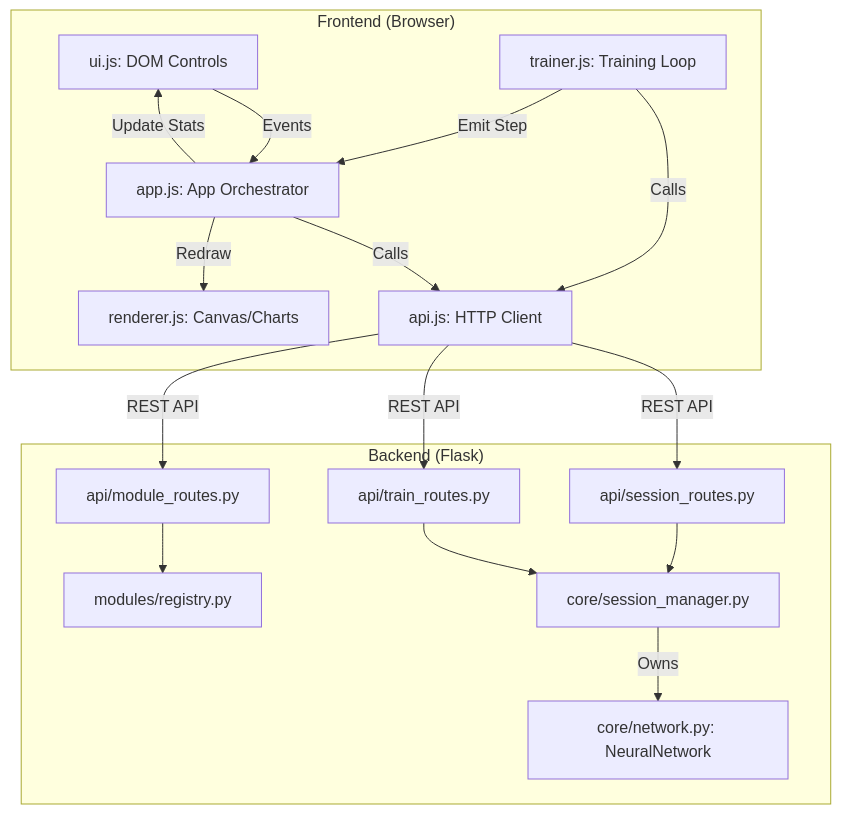
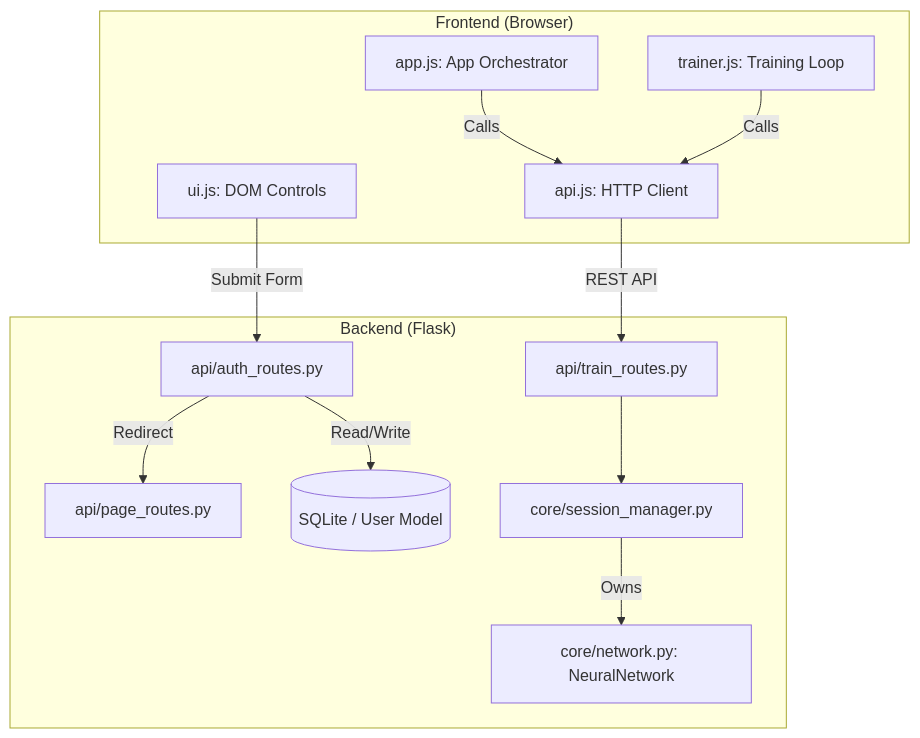
One commit to johnjg75dev/NNStudio changed the diagram in DOCUMENTATION.md. Above: the diagram before and after it, drawn with Mermaid. The commit also changed other lines of this file and 15 other files, not shown here.

First line of the commit message:
feat(auth): implement user authentication system

````diff
--- a/DOCUMENTATION.md
+++ b/DOCUMENTATION.md
@@ -54,36 +62,30 @@
 ```mermaid
 graph TD
     subgraph "Frontend (Browser)"
         UI["ui.js: DOM Controls"]
         Orchestrator["app.js: App Orchestrator"]
         Trainer["trainer.js: Training Loop"]
         API_JS["api.js: HTTP Client"]
-        Renderer["renderer.js: Canvas/Charts"]
     end
 
     subgraph "Backend (Flask)"
-        SessionBP["api/session_routes.py"]
+        AuthBP["api/auth_routes.py"]
+        PageBP["api/page_routes.py"]
         TrainBP["api/train_routes.py"]
-        ModuleBP["api/module_routes.py"]
+        DB[(SQLite / User Model)]
         SessionMgr["core/session_manager.py"]
-        Registry["modules/registry.py"]
         Engine["core/network.py: NeuralNetwork"]
     end
 
-    %% Interactions
-    UI -->|Events| Orchestrator
+    %% Auth Flow
+    UI -->|Submit Form| AuthBP
+    AuthBP -->|Read/Write| DB
+    AuthBP -->|Redirect| PageBP
+
+    %% Tool Flow
     Orchestrator -->|Calls| API_JS
     Trainer -->|Calls| API_JS
-    API_JS -->|REST API| SessionBP
     API_JS -->|REST API| TrainBP
-    API_JS -->|REST API| ModuleBP
-
-    SessionBP --> SessionMgr
     TrainBP --> SessionMgr
-    ModuleBP --> Registry
-
     SessionMgr -->|Owns| Engine
-    Orchestrator -->|Redraw| Renderer
-    Orchestrator -->|Update Stats| UI
-    Trainer -->|Emit Step| Orchestrator
 ```
````
